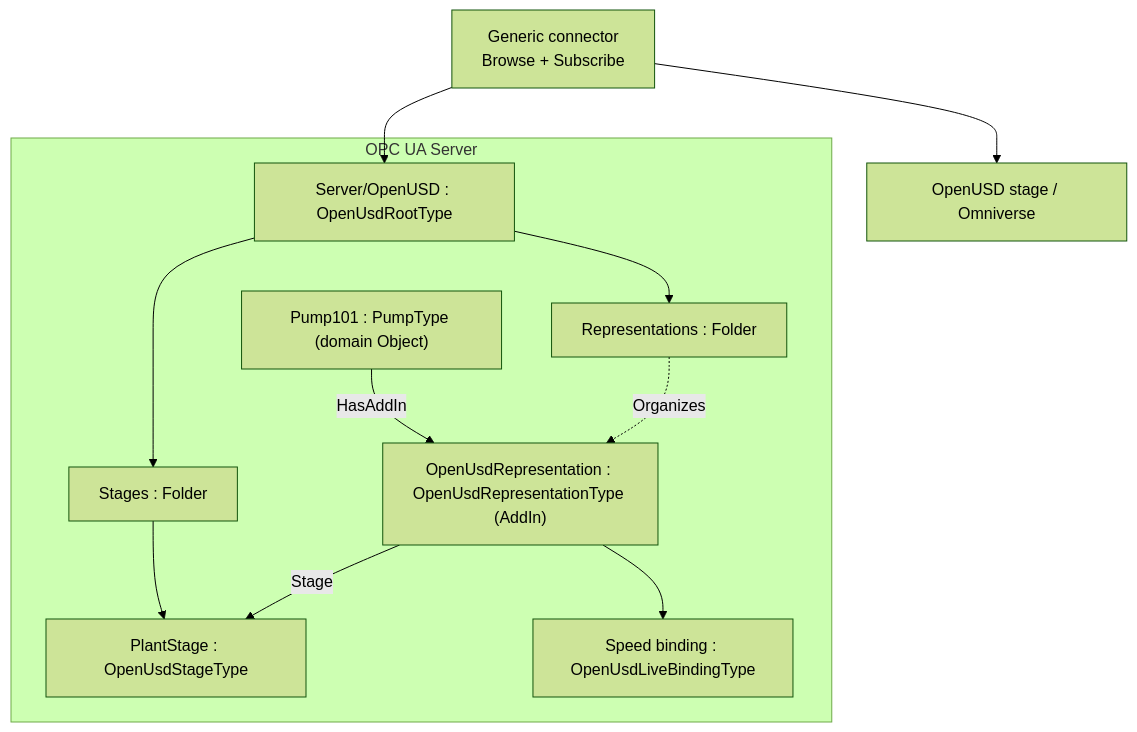
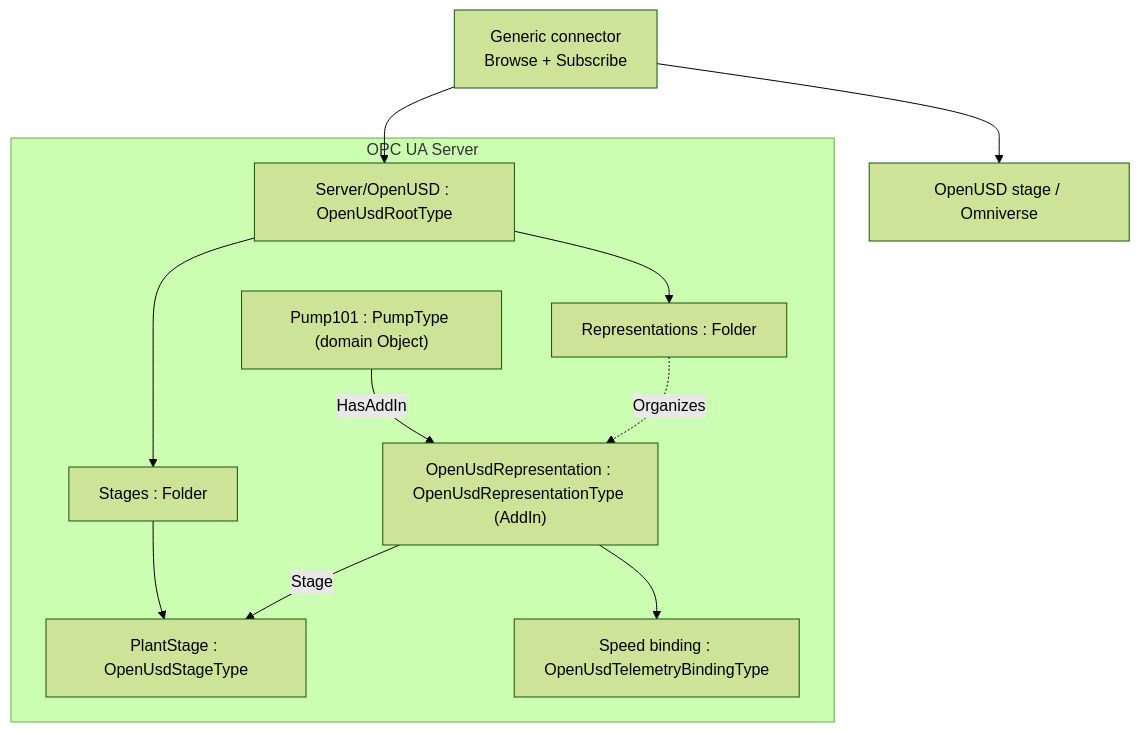
Before and after one commit to marcschier/opcua-drafts: the first of 3 diagrams in core-specs/openusd-binding/OPC-UA-OpenUSD-Bindings.md, drawn with Mermaid (forest theme). The commit also changed other lines of this file and 10 other files, not shown here.

First line of the commit message:
OpenUSD Bindings: split OpenUsdLiveBindingType into abstract base + intent subtypes (PR #14 review)

````diff
--- a/core-specs/openusd-binding/OPC-UA-OpenUSD-Bindings.md
+++ b/core-specs/openusd-binding/OPC-UA-OpenUSD-Bindings.md
@@ -124,20 +124,20 @@
 ```mermaid
 flowchart TD
   subgraph Server["OPC UA Server"]
     OU["Server/OpenUSD : OpenUsdRootType"]
     ST["Stages : Folder"]
     RP["Representations : Folder"]
     STG["PlantStage : OpenUsdStageType"]
     OBJ["Pump101 : PumpType (domain Object)"]
     REP["OpenUsdRepresentation : OpenUsdRepresentationType (AddIn)"]
-    BND["Speed binding : OpenUsdLiveBindingType"]
+    BND["Speed binding : OpenUsdTelemetryBindingType"]
     OU --> ST --> STG
     OU --> RP
     OBJ -->|HasAddIn| REP
     RP -.Organizes.-> REP
     REP --> BND
     REP -->|Stage| STG
   end
   CONN["Generic connector<br/>Browse + Subscribe"] --> OU
   CONN --> USD["OpenUSD stage / Omniverse"]
 ```
````
